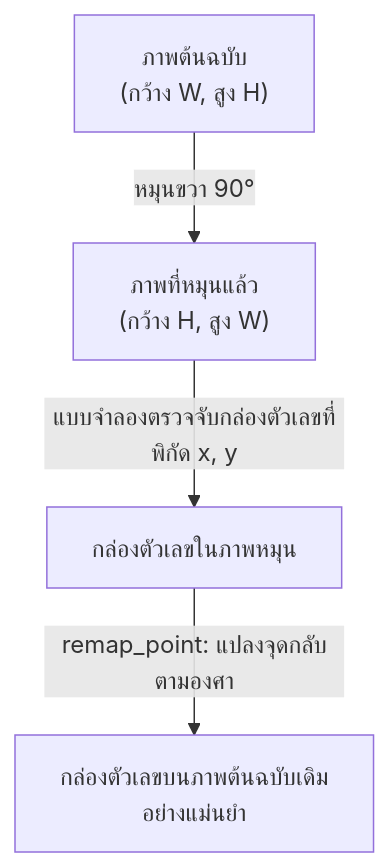
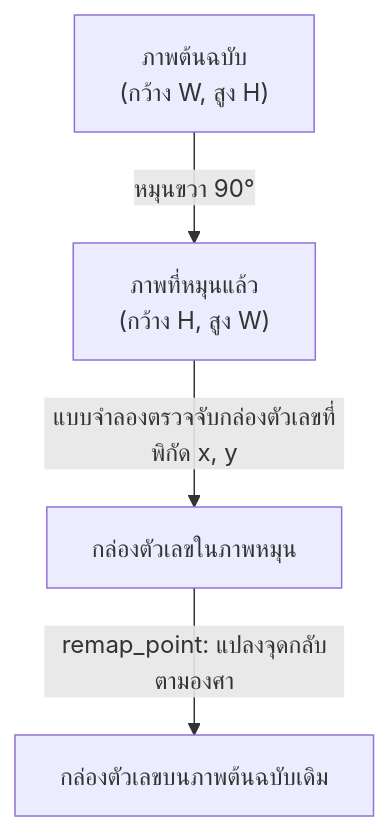
The third of 5 diagrams in TUTORIAL.md (jirathxz/meter-reader), drawn with Mermaid before and after one commit. The commit also changed other lines of this file and 13 other files, not shown here.

````diff
--- a/TUTORIAL.md
+++ b/TUTORIAL.md
@@ -567,6 +624,6 @@
 ```mermaid
 flowchart TD
  A[" ภาพต้นฉบับ<br/>(กว้าง W, สูง H)"] -->|"หมุนขวา 90°"| B[" ภาพที่หมุนแล้ว<br/>(กว้าง H, สูง W)"]
  B -->|"แบบจำลองตรวจจับกล่องตัวเลขที่พิกัด x, y"| C[" กล่องตัวเลขในภาพหมุน"]
- C -->|"remap_point: แปลงจุดกลับตามองศา"| D[" กล่องตัวเลขบนภาพต้นฉบับเดิม<br/>อย่างแม่นยำ"]
+ C -->|"remap_point: แปลงจุดกลับตามองศา"| D[" กล่องตัวเลขบนภาพต้นฉบับเดิม"]
 ```
````
